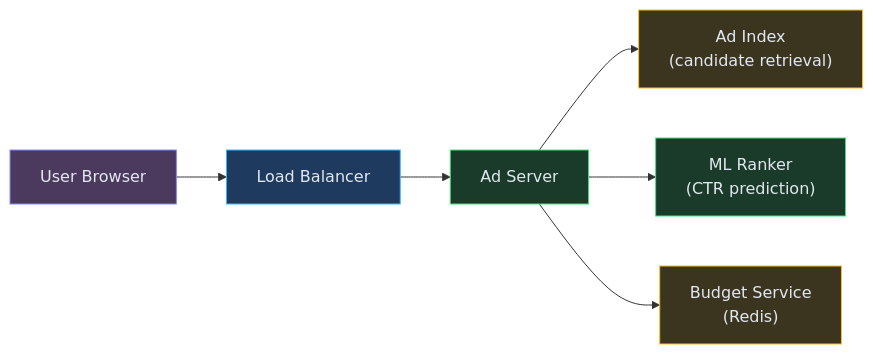
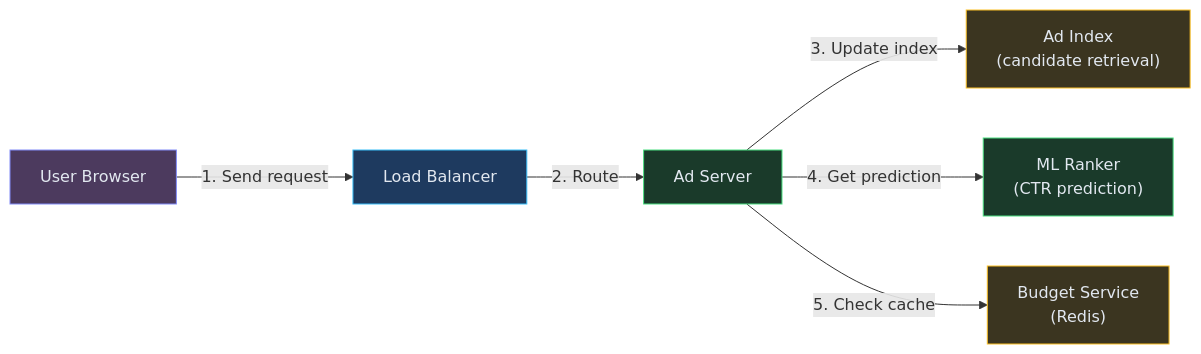
One commit to iluzn/HLD-Designs changed the second of 6 diagrams in content/hld/AdSystem.md. Above: the diagram before and after it, drawn with Mermaid. The commit also changed other lines of this file and 27 other files, not shown here.

````diff
--- a/content/hld/AdSystem.md
+++ b/content/hld/AdSystem.md
@@ -161,20 +161,20 @@
 ```mermaid
 flowchart LR
     USER["User Browser"]:::client
     LB["Load Balancer"]:::edge
     ADSERV["Ad Server"]:::service
     INDEX["Ad Index<br/>(candidate retrieval)"]:::data
     ML["ML Ranker<br/>(CTR prediction)"]:::service
     BUDGET["Budget Service<br/>(Redis)"]:::data
 
-    USER --> LB
-    LB --> ADSERV
-    ADSERV --> INDEX
-    ADSERV --> ML
-    ADSERV --> BUDGET
+    USER -->|"1. Send request"| LB
+    LB -->|"2. Route"| ADSERV
+    ADSERV -->|"3. Update index"| INDEX
+    ADSERV -->|"4. Get prediction"| ML
+    ADSERV -->|"5. Check cache"| BUDGET
 
     classDef client fill:#4c3a5e,stroke:#818cf8,color:#e2e8f0
     classDef edge fill:#1e3a5f,stroke:#38bdf8,color:#e2e8f0
     classDef service fill:#1a3a2a,stroke:#4ade80,color:#e2e8f0
     classDef data fill:#3b3520,stroke:#fbbf24,color:#e2e8f0
 ```
````
